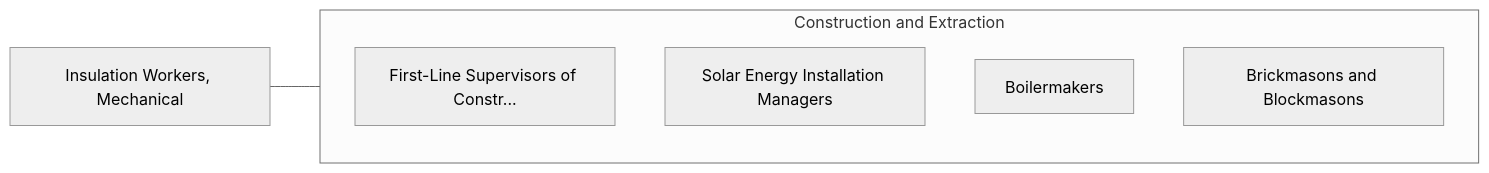
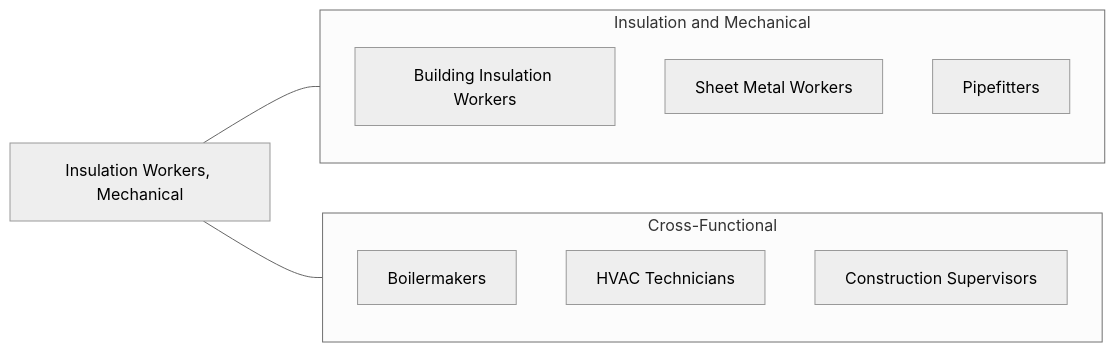
Before and after one commit to kziemski/business.org.ai: the fourth of 4 diagrams in occupations/Construction/InsulationWorkersMechanical.mdx, drawn with Mermaid (neutral theme). The commit also changed other lines of this file and 938 other files, not shown here.

````diff
--- a/occupations/Construction/InsulationWorkersMechanical.mdx
+++ b/occupations/Construction/InsulationWorkersMechanical.mdx
@@ -112,13 +207,19 @@
 ```mermaid
 graph LR
     Current["Insulation Workers, Mechanical"]
 
-    subgraph SameCategory["Construction and Extraction"]
-        FirstLineSupervisors["First-Line Supervisors of Constr..."]
-        SolarEnergyInstallat["Solar Energy Installation Managers"]
-        Boilermakers["Boilermakers"]
-        BrickmasonsAndBlockm["Brickmasons and Blockmasons"]
+    subgraph SameCategory["Insulation and Mechanical"]
+        BuildIns["Building Insulation Workers"]
+        SheetMetal["Sheet Metal Workers"]
+        Pipefitter["Pipefitters"]
+    end
+
+    subgraph CrossFunctional["Cross-Functional"]
+        Boiler["Boilermakers"]
+        HVAC["HVAC Technicians"]
+        Super["Construction Supervisors"]
     end
 
     Current --- SameCategory
+    Current --- CrossFunctional
 ```
````
